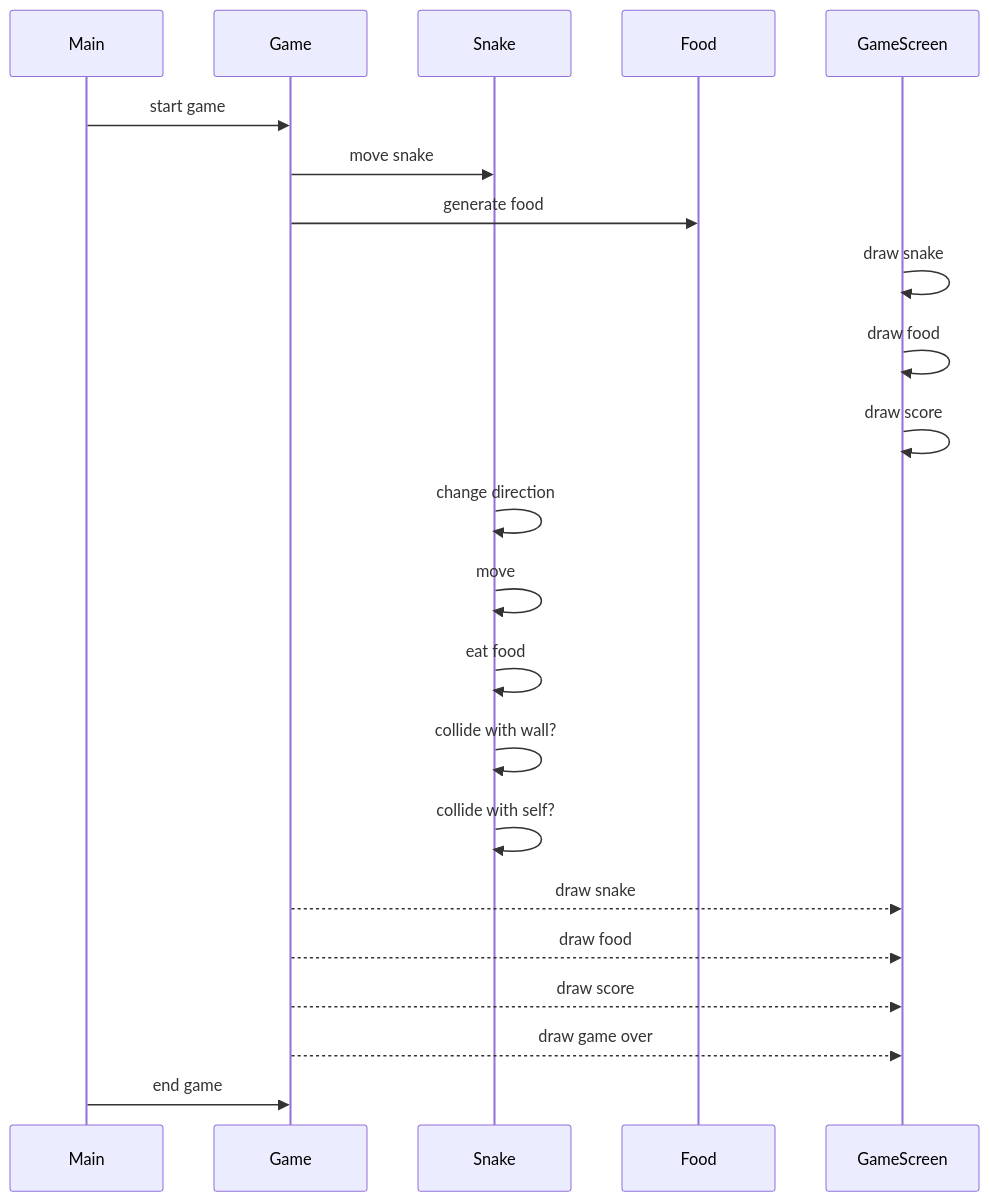
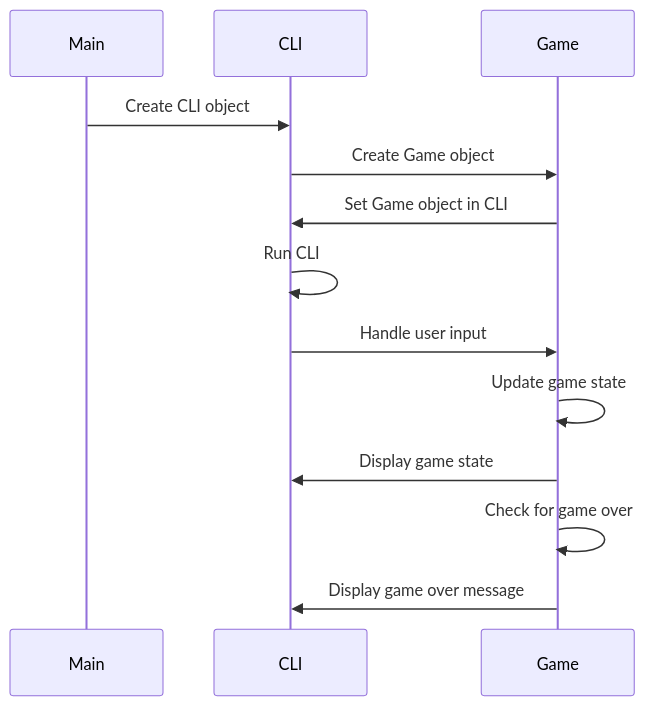
Before and after one commit to jiapingW/SEBACK: the second of 2 diagrams in workspace/1/docs/system_design.md, drawn with Mermaid. The commit also changed other lines of this file and 76 other files, not shown here.

````diff
--- a/workspace/1/docs/system_design.md
+++ b/workspace/1/docs/system_design.md
@@ -57,25 +64,16 @@
 ```mermaid
 sequenceDiagram
     participant M as Main
+    participant C as CLI
     participant G as Game
-    participant S as Snake
-    participant F as Food
-    participant GS as GameScreen
 
-    M->>G: start game
-    G->>S: move snake
-    G->>F: generate food
-    GS->>GS: draw snake
-    GS->>GS: draw food
-    GS->>GS: draw score
-    S->>S: change direction
-    S->>S: move
-    S->>S: eat food
-    S->>S: collide with wall?
-    S->>S: collide with self?
-    G-->>GS: draw snake
-    G-->>GS: draw food
-    G-->>GS: draw score
-    G-->>GS: draw game over
-    M->>G: end game
+    M->>C: Create CLI object
+    C->>G: Create Game object
+    G->>C: Set Game object in CLI
+    C->>C: Run CLI
+    C->>G: Handle user input
+    G->>G: Update game state
+    G->>C: Display game state
+    G->>G: Check for game over
+    G->>C: Display game over message
 ```
````
